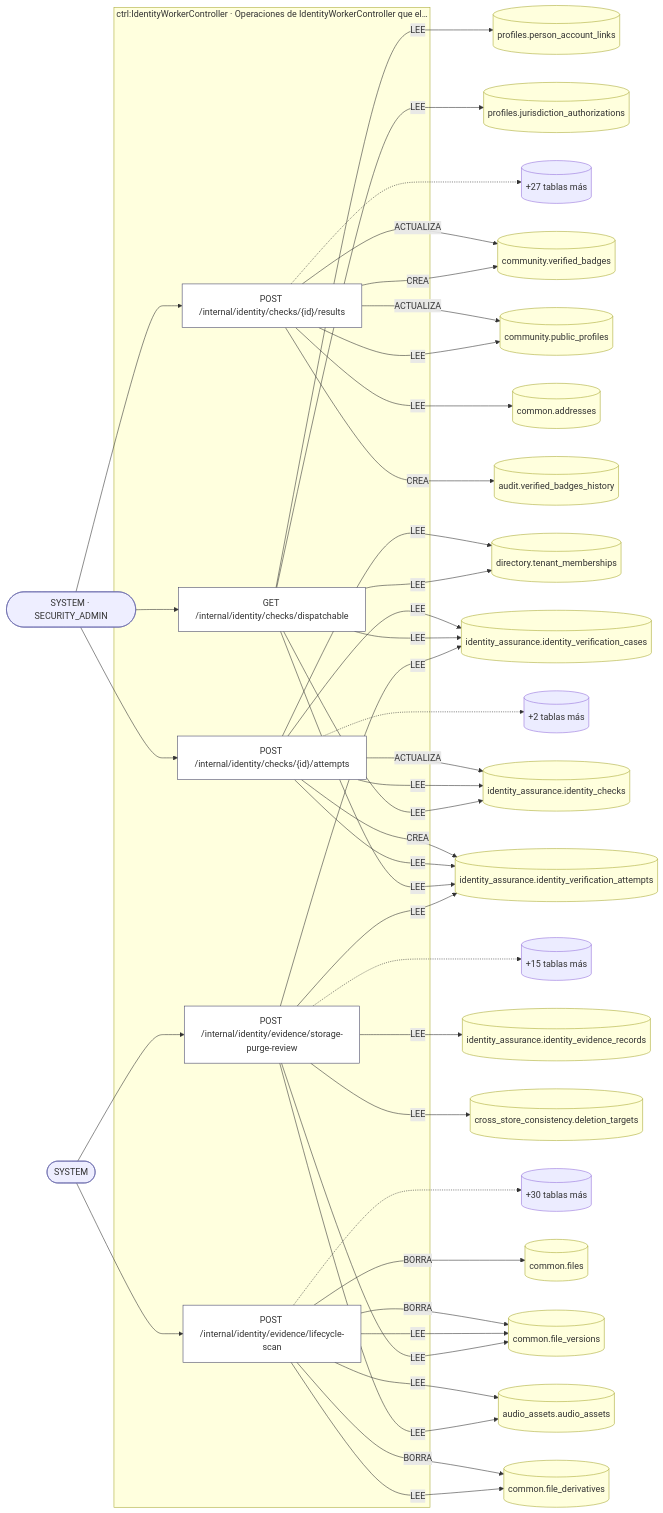
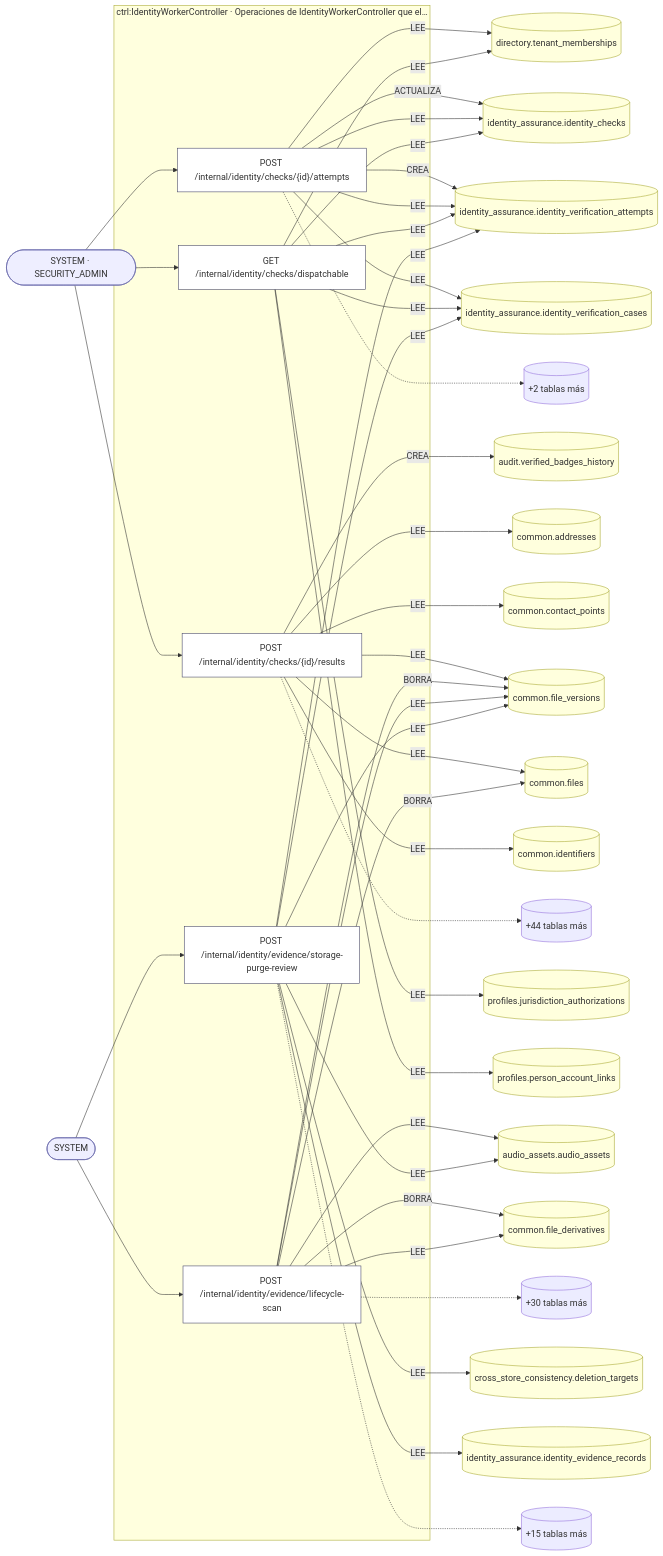
The second of 27 diagrams in docs/inventario/flujos/identity_assurance.md (mdavila-2001/mantra-core-health-api), drawn with Mermaid before and after one commit. The commit also changed other lines of this file and 293 other files, not shown here.

````diff
--- a/docs/inventario/flujos/identity_assurance.md
+++ b/docs/inventario/flujos/identity_assurance.md
@@ -306,75 +308,75 @@
 ```mermaid
 flowchart LR
   a2(["SYSTEM · SECURITY_ADMIN"]):::actor
-  a18(["SYSTEM"]):::actor
+  a20(["SYSTEM"]):::actor
   t3[("directory.tenant_memberships")]:::tabla
   t4[("identity_assurance.identity_checks")]:::tabla
   t5[("identity_assurance.identity_verification_attempts")]:::tabla
   t6[("identity_assurance.identity_verification_cases")]:::tabla
   t9[("audit.verified_badges_history")]:::tabla
   t10[("common.addresses")]:::tabla
-  t11[("community.public_profiles")]:::tabla
-  t12[("community.verified_badges")]:::tabla
-  t15[("profiles.jurisdiction_authorizations")]:::tabla
-  t16[("profiles.person_account_links")]:::tabla
-  t19[("audio_assets.audio_assets")]:::tabla
-  t20[("common.file_derivatives")]:::tabla
-  t21[("common.file_versions")]:::tabla
-  t22[("common.files")]:::tabla
+  t11[("common.contact_points")]:::tabla
+  t12[("common.file_versions")]:::tabla
+  t13[("common.files")]:::tabla
+  t14[("common.identifiers")]:::tabla
+  t17[("profiles.jurisdiction_authorizations")]:::tabla
+  t18[("profiles.person_account_links")]:::tabla
+  t21[("audio_assets.audio_assets")]:::tabla
+  t22[("common.file_derivatives")]:::tabla
   t25[("cross_store_consistency.deletion_targets")]:::tabla
   t26[("identity_assurance.identity_evidence_records")]:::tabla
   t7[("+2 tablas más")]
-  t13[("+27 tablas más")]
+  t15[("+44 tablas más")]
   t23[("+30 tablas más")]
   t27[("+15 tablas más")]
   subgraph s0["ctrl:IdentityWorkerController · Operaciones de IdentityWorkerController que el…"]
     o1["POST /internal/identity/checks/{id}/attempts"]:::op
     o8["POST /internal/identity/checks/{id}/results"]:::op
-    o14["GET /internal/identity/checks/dispatchable"]:::op
-    o17["POST /internal/identity/evidence/lifecycle-scan"]:::op
+    o16["GET /internal/identity/checks/dispatchable"]:::op
+    o19["POST /internal/identity/evidence/lifecycle-scan"]:::op
     o24["POST /internal/identity/evidence/storage-purge-review"]:::op
   end
   a2 --> o1
   o1 -->|"LEE"| t3
   o1 -->|"ACTUALIZA"| t4
   o1 -->|"LEE"| t4
   o1 -->|"CREA"| t5
   o1 -->|"LEE"| t5
   o1 -->|"LEE"| t6
   o1 -.-> t7
   a2 --> o8
   o8 -->|"CREA"| t9
   o8 -->|"LEE"| t10
-  o8 -->|"ACTUALIZA"| t11
   o8 -->|"LEE"| t11
-  o8 -->|"ACTUALIZA"| t12
-  o8 -->|"CREA"| t12
-  o8 -.-> t13
-  a2 --> o14
-  o14 -->|"LEE"| t3
-  o14 -->|"LEE"| t4
-  o14 -->|"LEE"| t5
-  o14 -->|"LEE"| t6
-  o14 -->|"LEE"| t15
-  o14 -->|"LEE"| t16
-  a18 --> o17
-  o17 -->|"LEE"| t19
-  o17 -->|"BORRA"| t20
-  o17 -->|"LEE"| t20
-  o17 -->|"BORRA"| t21
-  o17 -->|"LEE"| t21
-  o17 -->|"BORRA"| t22
-  o17 -.-> t23
-  a18 --> o24
-  o24 -->|"LEE"| t19
+  o8 -->|"LEE"| t12
+  o8 -->|"LEE"| t13
+  o8 -->|"LEE"| t14
+  o8 -.-> t15
+  a2 --> o16
+  o16 -->|"LEE"| t3
+  o16 -->|"LEE"| t4
+  o16 -->|"LEE"| t5
+  o16 -->|"LEE"| t6
+  o16 -->|"LEE"| t17
+  o16 -->|"LEE"| t18
+  a20 --> o19
+  o19 -->|"LEE"| t21
+  o19 -->|"BORRA"| t22
+  o19 -->|"LEE"| t22
+  o19 -->|"BORRA"| t12
+  o19 -->|"LEE"| t12
+  o19 -->|"BORRA"| t13
+  o19 -.-> t23
+  a20 --> o24
   o24 -->|"LEE"| t21
+  o24 -->|"LEE"| t12
   o24 -->|"LEE"| t25
   o24 -->|"LEE"| t26
   o24 -->|"LEE"| t5
   o24 -->|"LEE"| t6
   o24 -.-> t27
   classDef op fill:#fff,stroke:#446
   classDef actor fill:#eef,stroke:#66a
   classDef tabla fill:#ffd,stroke:#aa3
   classDef evento fill:#efe,stroke:#3a3
 ```
````
